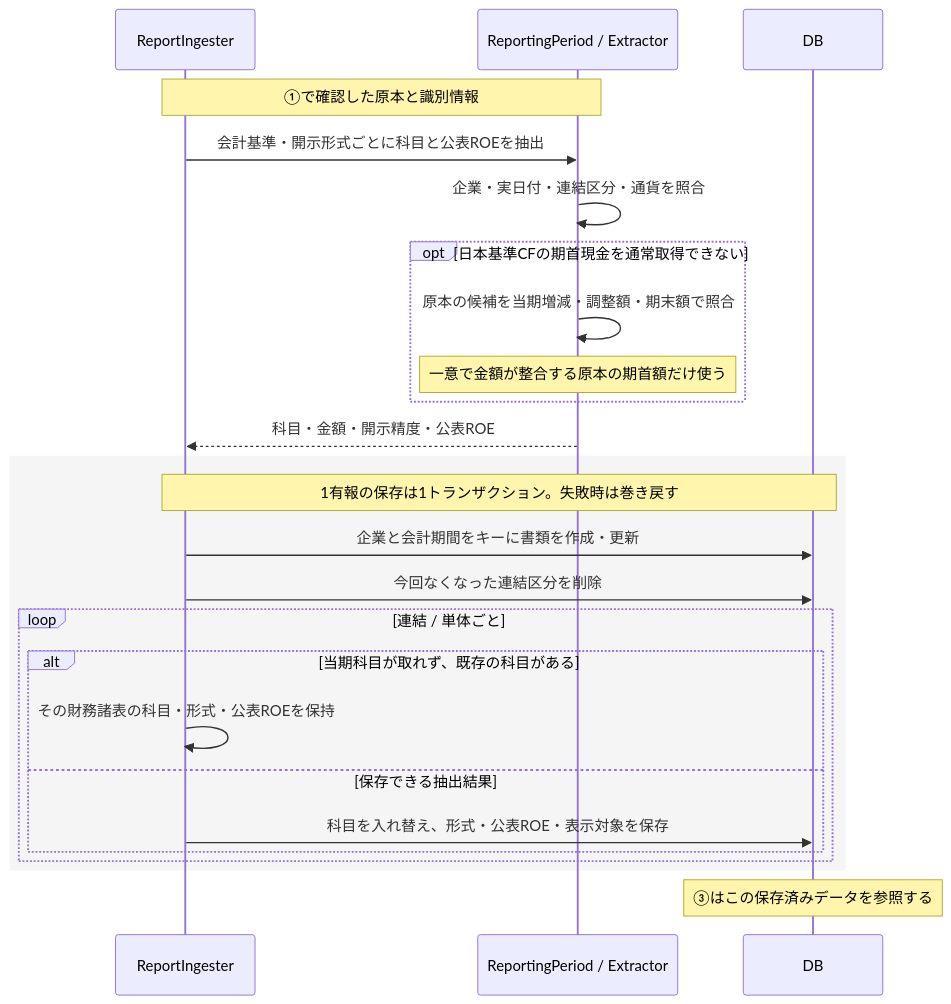
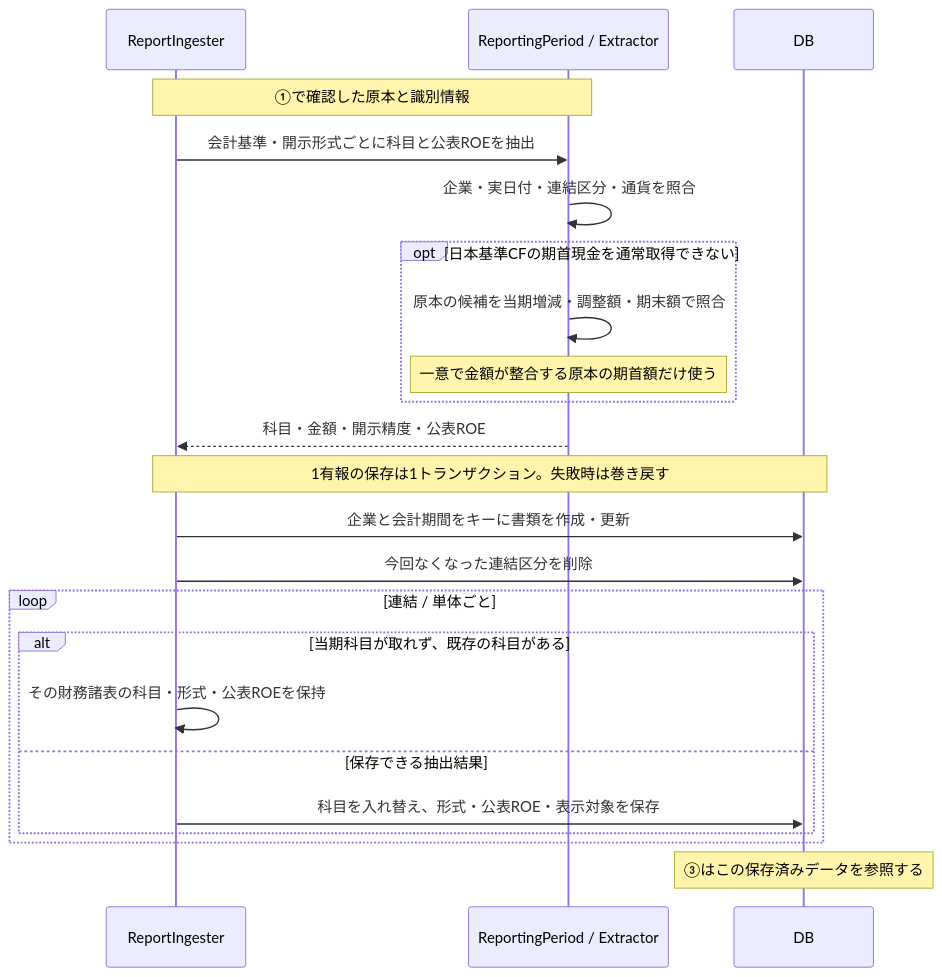
The third of 9 diagrams in docs/guide/03_data_flow.md (shin4488/financial-statement), drawn with Mermaid before and after one commit.

Commit message:
docs: シーケンス図の固定背景色を削除する
表示テーマに従う配色に戻し、ダークテーマでの可読性を保つ。

````diff
--- a/docs/guide/03_data_flow.md
+++ b/docs/guide/03_data_flow.md
@@ -95,27 +95,25 @@
 ```mermaid
 sequenceDiagram
     participant I as ReportIngester
     participant X as ReportingPeriod / Extractor
     participant D as DB
     Note over I,X: ①で確認した原本と識別情報
     I->>X: 会計基準・開示形式ごとに科目と公表ROEを抽出
     X->>X: 企業・実日付・連結区分・通貨を照合
     opt 日本基準CFの期首現金を通常取得できない
         X->>X: 原本の候補を当期増減・調整額・期末額で照合
         Note over X: 一意で金額が整合する原本の期首額だけ使う
     end
     X-->>I: 科目・金額・開示精度・公表ROE
-    rect rgb(245, 245, 245)
-        Note over I,D: 1有報の保存は1トランザクション。失敗時は巻き戻す
-        I->>D: 企業と会計期間をキーに書類を作成・更新
-        I->>D: 今回なくなった連結区分を削除
-        loop 連結 / 単体ごと
-            alt 当期科目が取れず、既存の科目がある
-                I->>I: その財務諸表の科目・形式・公表ROEを保持
-            else 保存できる抽出結果
-                I->>D: 科目を入れ替え、形式・公表ROE・表示対象を保存
-            end
+    Note over I,D: 1有報の保存は1トランザクション。失敗時は巻き戻す
+    I->>D: 企業と会計期間をキーに書類を作成・更新
+    I->>D: 今回なくなった連結区分を削除
+    loop 連結 / 単体ごと
+        alt 当期科目が取れず、既存の科目がある
+            I->>I: その財務諸表の科目・形式・公表ROEを保持
+        else 保存できる抽出結果
+            I->>D: 科目を入れ替え、形式・公表ROE・表示対象を保存
         end
     end
     Note over D: ③はこの保存済みデータを参照する
 ```
````
